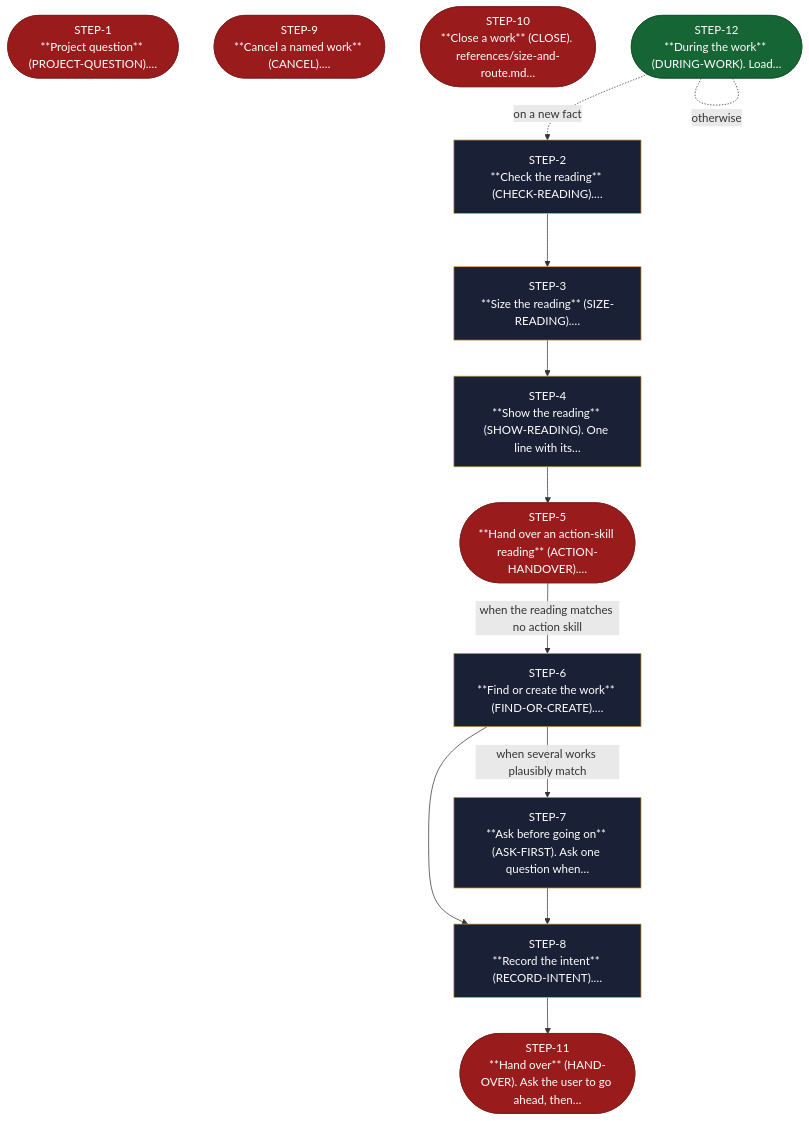
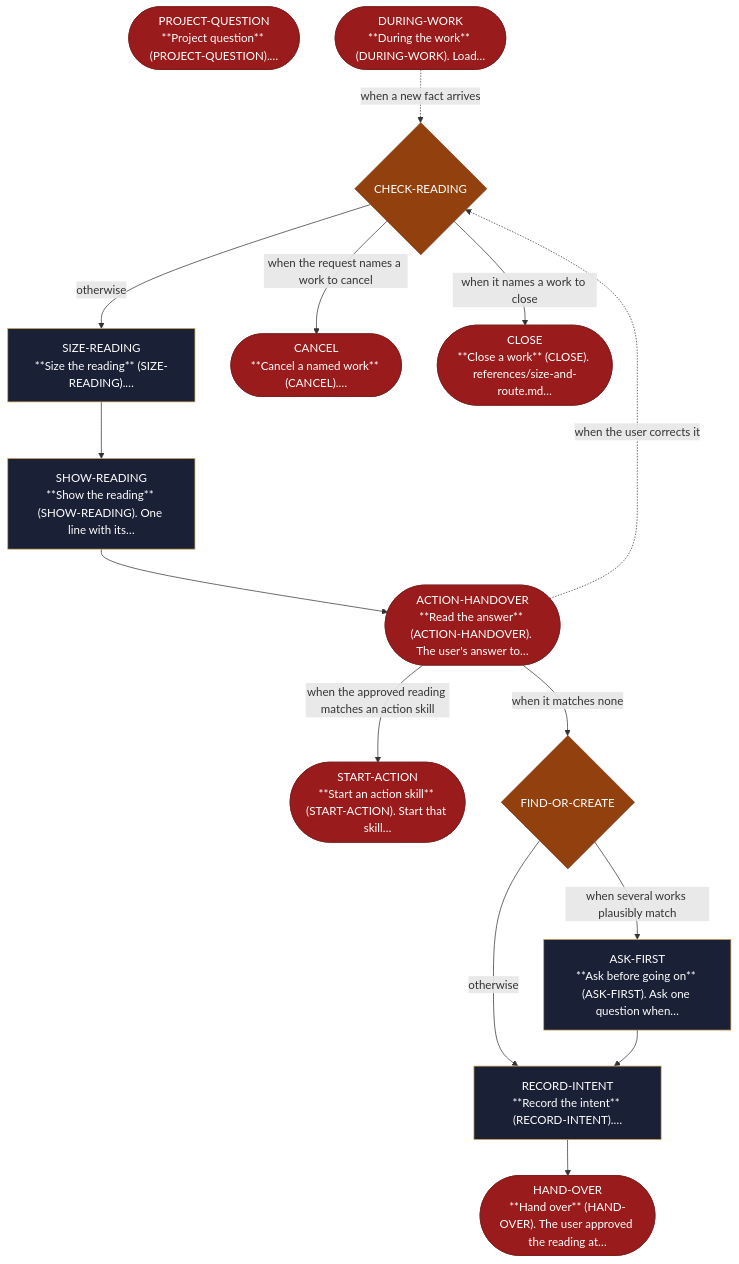
One commit to AndreVianna/aid-methodology changed the diagram in site/src/content/docs/skills/aid-orchestrate.md. Above: the diagram before and after it, drawn with Mermaid. The commit also changed other lines of this file and 251 other files, not shown here.

````diff
--- a/site/src/content/docs/skills/aid-orchestrate.md
+++ b/site/src/content/docs/skills/aid-orchestrate.md
@@ -22,55 +22,61 @@
 ```mermaid
 flowchart TB
   classDef aidNode color:#fff
   classDef aidEntry fill:#166534,stroke:#14532d,color:#fff
   classDef aidExit fill:#991b1b,stroke:#7f1d1d,color:#fff
   classDef aidDecision fill:#92400e,stroke:#78350f,color:#fff
   classDef aidLoopBack fill:#1e3a8a,stroke:#1e3a8a,color:#fff
   classDef aidStep fill:#1a2035,stroke:#d4a853,color:#f1f5f9
-  n1(["STEP-1<br/>**Project question** (PROJECT-QUESTION).…"])
-  n2["STEP-2<br/>**Check the reading** (CHECK-READING).…"]
-  n3["STEP-3<br/>**Size the reading** (SIZE-READING).…"]
-  n4["STEP-4<br/>**Show the reading** (SHOW-READING). One line with its…"]
-  n5(["STEP-5<br/>**Hand over an action-skill reading** (ACTION-HANDOVER).…"])
-  n6["STEP-6<br/>**Find or create the work** (FIND-OR-CREATE).…"]
-  n7["STEP-7<br/>**Ask before going on** (ASK-FIRST). Ask one question when…"]
-  n8["STEP-8<br/>**Record the intent** (RECORD-INTENT).…"]
-  n9(["STEP-9<br/>**Cancel a named work** (CANCEL).…"])
-  n10(["STEP-10<br/>**Close a work** (CLOSE). references/size-and-route.md…"])
-  n11(["STEP-11<br/>**Hand over** (HAND-OVER). Ask the user to go ahead, then…"])
-  n12(["STEP-12<br/>**During the work** (DURING-WORK). Load…"])
-  n2 --> n3
+  n1(["PROJECT-QUESTION<br/>**Project question** (PROJECT-QUESTION).…"])
+  n2{"CHECK-READING"}
+  n3["SIZE-READING<br/>**Size the reading** (SIZE-READING).…"]
+  n4["SHOW-READING<br/>**Show the reading** (SHOW-READING). One line with its…"]
+  n5(["ACTION-HANDOVER<br/>**Read the answer** (ACTION-HANDOVER). The user's answer to…"])
+  n6(["START-ACTION<br/>**Start an action skill** (START-ACTION). Start that skill…"])
+  n7{"FIND-OR-CREATE"}
+  n8["ASK-FIRST<br/>**Ask before going on** (ASK-FIRST). Ask one question when…"]
+  n9["RECORD-INTENT<br/>**Record the intent** (RECORD-INTENT).…"]
+  n10(["CANCEL<br/>**Cancel a named work** (CANCEL).…"])
+  n11(["CLOSE<br/>**Close a work** (CLOSE). references/size-and-route.md…"])
+  n12(["HAND-OVER<br/>**Hand over** (HAND-OVER). The user approved the reading at…"])
+  n13(["DURING-WORK<br/>**During the work** (DURING-WORK). Load…"])
+  n2 -->|"otherwise"| n3
+  n2 -->|"when the request names a work to cancel"| n10
+  n2 -->|"when it names a work to close"| n11
   n3 --> n4
   n4 --> n5
-  n5 -->|"when the reading matches no action skill"| n6
-  n6 -->|"when several works plausibly match"| n7
-  n6 --> n8
-  n7 --> n8
-  n8 --> n11
-  n12 -. "on a new fact" .-> n2
-  n12 -. "otherwise" .- n12
+  n5 -. "when the user corrects it" .-> n2
+  n5 -->|"when the approved reading matches an action skill"| n6
+  n5 -->|"when it matches none"| n7
+  n7 -->|"when several works plausibly match"| n8
+  n7 -->|"otherwise"| n9
+  n8 --> n9
+  n9 --> n12
+  n13 -. "when a new fact arrives" .-> n2
   class n1 aidExit
-  class n2 aidStep
+  class n2 aidDecision
   class n3 aidStep
   class n4 aidStep
   class n5 aidExit
-  class n6 aidStep
-  class n7 aidStep
+  class n6 aidExit
+  class n7 aidDecision
   class n8 aidStep
-  class n9 aidExit
+  class n9 aidStep
   class n10 aidExit
   class n11 aidExit
-  class n12 aidEntry
+  class n12 aidExit
+  class n13 aidExit
   class n1 aidNode
   class n2 aidNode
   class n3 aidNode
   class n4 aidNode
   class n5 aidNode
   class n6 aidNode
   class n7 aidNode
   class n8 aidNode
   class n9 aidNode
   class n10 aidNode
   class n11 aidNode
   class n12 aidNode
+  class n13 aidNode
 ```
````
